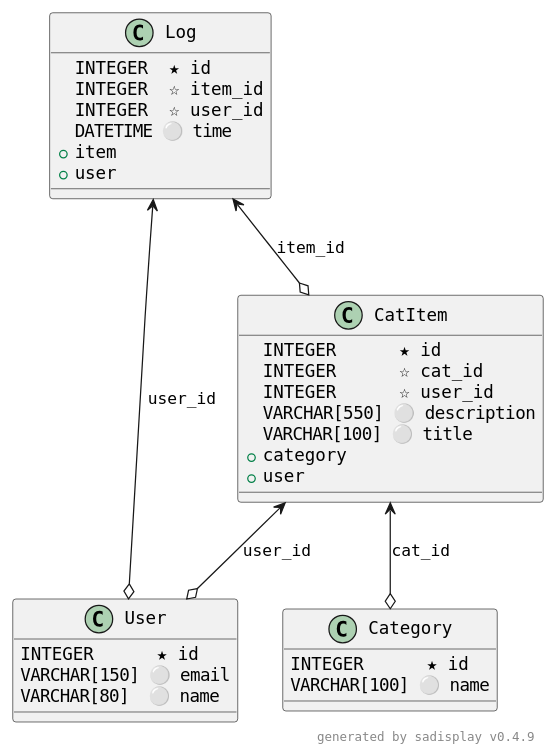
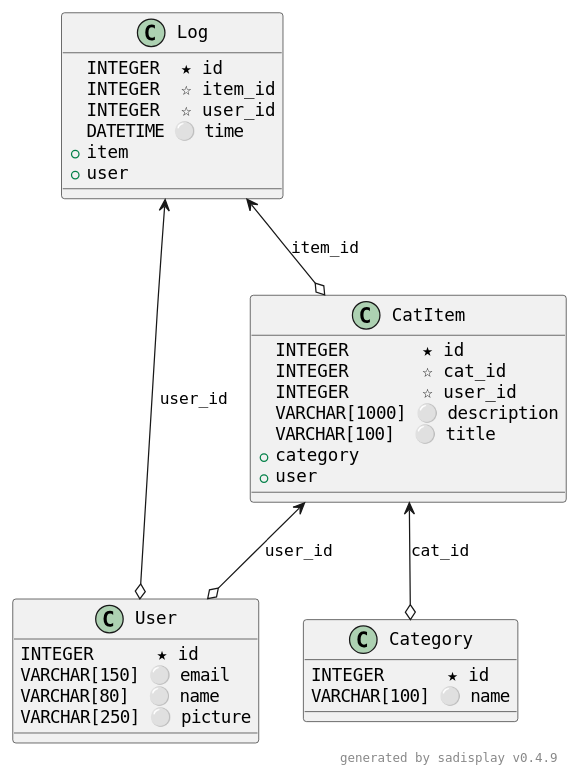
Before and after one commit to abdo1819/ud_fsnd_catalog-app: the diagram in schema.plantuml, drawn with PlantUML. The commit also changed 9 other files, not shown here.

```diff
--- a/schema.plantuml
+++ b/schema.plantuml
@@ -1,45 +1,46 @@
 @startuml
 
 skinparam defaultFontName Courier
 
 Class User {
-    INTEGER      ★ id   
-    VARCHAR[150] ⚪ email
-    VARCHAR[80]  ⚪ name 
+    INTEGER      ★ id     
+    VARCHAR[150] ⚪ email  
+    VARCHAR[80]  ⚪ name   
+    VARCHAR[250] ⚪ picture
 }
 
 Class Category {
     INTEGER      ★ id  
     VARCHAR[100] ⚪ name
 }
 
 Class CatItem {
-    INTEGER      ★ id         
-    INTEGER      ☆ cat_id     
-    INTEGER      ☆ user_id    
-    VARCHAR[550] ⚪ description
-    VARCHAR[100] ⚪ title      
-    +            category     
-    +            user         
+    INTEGER       ★ id         
+    INTEGER       ☆ cat_id     
+    INTEGER       ☆ user_id    
+    VARCHAR[1000] ⚪ description
+    VARCHAR[100]  ⚪ title      
+    +             category     
+    +             user         
 }
 
 Class Log {
     INTEGER  ★ id     
     INTEGER  ☆ item_id
     INTEGER  ☆ user_id
     DATETIME ⚪ time   
     +        item     
     +        user     
 }
 
 CatItem <--o Category: cat_id
 
 CatItem <--o User: user_id
 
 Log <--o User: user_id
 
 Log <--o CatItem: item_id
 
 right footer generated by sadisplay v0.4.9
 
 @enduml
```
